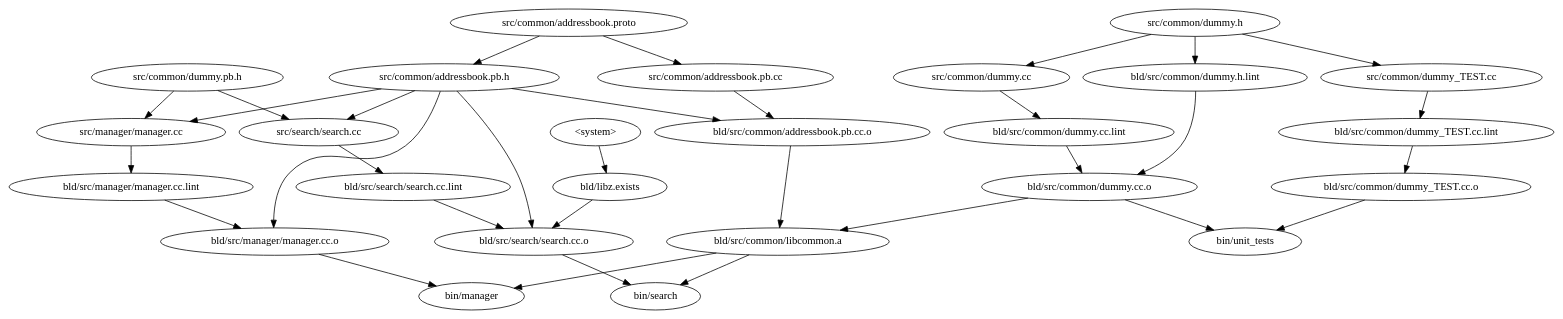
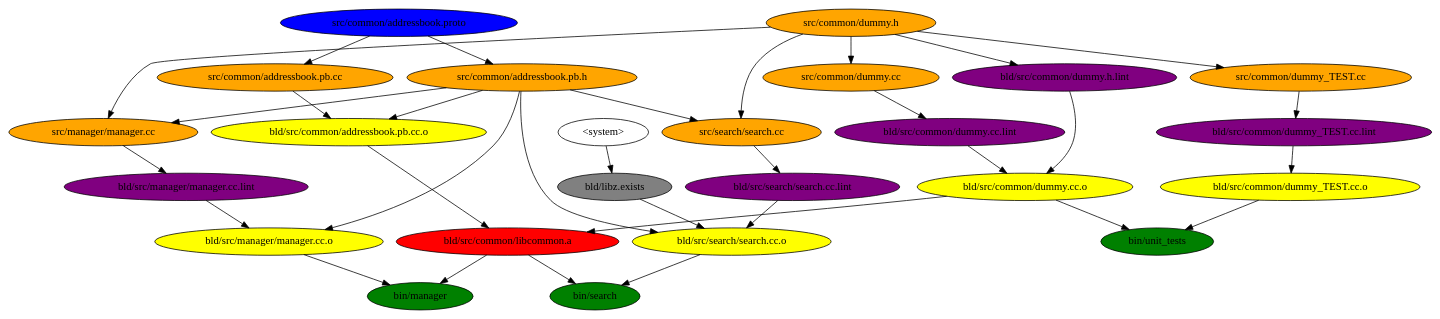
One commit to nicmcd/addressbook changed the diagram in graph.gv. Above: the diagram before and after it, drawn with Graphviz.

Commit message:
colored nodes in graph.gv

```diff
--- a/graph.gv
+++ b/graph.gv
@@ -1,55 +1,57 @@
 digraph Build {
-  // bin/manager
+  "bin/manager" [style=filled, fillcolor=green];
   "bld/src/manager/manager.cc.o" -> "bin/manager";
   "bld/src/common/libcommon.a" -> "bin/manager";
-  // bin/search
+  "bin/search" [style=filled, fillcolor=green];
   "bld/src/search/search.cc.o" -> "bin/search";
   "bld/src/common/libcommon.a" -> "bin/search";
-  // bin/unit_tests
+  "bin/unit_tests" [style=filled, fillcolor=green];
+  "bld/src/common/libcommon.a" [style=filled, fillcolor=red];
+  "bld/src/common/addressbook.pb.cc.o" -> "bld/src/common/libcommon.a";
+  "bld/src/common/dummy.cc.o" -> "bld/src/common/libcommon.a";
   "bld/src/common/dummy_TEST.cc.o" -> "bin/unit_tests";
   "bld/src/common/dummy.cc.o" -> "bin/unit_tests";
-  // bld/src/manager/manager.cc.o
+  "bld/src/manager/manager.cc.o" [style=filled, fillcolor=yellow];
   "src/common/addressbook.pb.h" -> "bld/src/manager/manager.cc.o";
   "bld/src/manager/manager.cc.lint" -> "bld/src/manager/manager.cc.o";
-  // bld/src/search/search.cc.o
+  "bld/src/search/search.cc.o" [style=filled, fillcolor=yellow];
   "src/common/addressbook.pb.h" -> "bld/src/search/search.cc.o";
   "bld/src/search/search.cc.lint" -> "bld/src/search/search.cc.o";
   "bld/libz.exists" -> "bld/src/search/search.cc.o";
-  // bld/src/common/libcommon.a
-  "bld/src/common/addressbook.pb.cc.o" -> "bld/src/common/libcommon.a";
-  "bld/src/common/dummy.cc.o" -> "bld/src/common/libcommon.a";
-  // bld/src/common/addressbook.pb.cc.o
+  "bld/src/common/addressbook.pb.cc.o" [style=filled, fillcolor=yellow];
   "src/common/addressbook.pb.cc" -> "bld/src/common/addressbook.pb.cc.o";
   "src/common/addressbook.pb.h" -> "bld/src/common/addressbook.pb.cc.o";
-  // bld/src/common/dummy.cc.o
+  "bld/src/common/dummy.cc.o" [style=filled, fillcolor=yellow];
   "bld/src/common/dummy.cc.lint" -> "bld/src/common/dummy.cc.o";
   "bld/src/common/dummy.h.lint" -> "bld/src/common/dummy.cc.o";
-  // bld/src/common/dummy_TEST.cc.o
+  "bld/src/common/dummy_TEST.cc.o" [style=filled, fillcolor=yellow];
   "bld/src/common/dummy_TEST.cc.lint" -> "bld/src/common/dummy_TEST.cc.o";
-  // bld/src/manager/manager.cc.lint
+  "bld/src/manager/manager.cc.lint" [style=filled, fillcolor=purple];
   "src/manager/manager.cc" -> "bld/src/manager/manager.cc.lint";
-  // bld/src/search/search.cc.lint
+  "bld/src/search/search.cc.lint" [style=filled, fillcolor=purple];
   "src/search/search.cc" -> "bld/src/search/search.cc.lint";
-  // bld/src/common/dummy.cc.lint
+  "bld/src/common/dummy.cc.lint" [style=filled, fillcolor=purple];
   "src/common/dummy.cc" -> "bld/src/common/dummy.cc.lint";
-  // bld/src/common/dummy.h.lint
+  "bld/src/common/dummy.h.lint" [style=filled, fillcolor=purple];
   "src/common/dummy.h" -> "bld/src/common/dummy.h.lint";
-  // bld/src/common/dummy_TEST.cc.lint
+  "bld/src/common/dummy_TEST.cc.lint" [style=filled, fillcolor=purple];
   "src/common/dummy_TEST.cc" -> "bld/src/common/dummy_TEST.cc.lint";
-  // src/common/addressbook.pb.cc
+  "src/common/addressbook.pb.cc" [style=filled, fillcolor=orange];
   "src/common/addressbook.proto" -> "src/common/addressbook.pb.cc";
-  // src/common/addressbook.pb.h
+  "src/common/addressbook.pb.h" [style=filled, fillcolor=orange];
   "src/common/addressbook.proto" -> "src/common/addressbook.pb.h";
-  // bld/libz.exists
+  "bld/libz.exists" [style=filled, fillcolor=gray];
   "<system>" -> "bld/libz.exists";
-  // src/manager/manager.cc
+  "src/manager/manager.cc" [style=filled, fillcolor=orange];
   "src/common/addressbook.pb.h" -> "src/manager/manager.cc";
-  "src/common/dummy.pb.h" -> "src/manager/manager.cc";
-  // src/search/search.cc
+  "src/common/dummy.h" -> "src/manager/manager.cc";
+  "src/search/search.cc" [style=filled, fillcolor=orange];
   "src/common/addressbook.pb.h" -> "src/search/search.cc";
-  "src/common/dummy.pb.h" -> "src/search/search.cc";
-  // src/common/dummy.cc
+  "src/common/dummy.h" -> "src/search/search.cc";
+  "src/common/dummy.cc" [style=filled, fillcolor=orange];
   "src/common/dummy.h" -> "src/common/dummy.cc";
-  // src/common/dummy_TEST.cc
+  "src/common/dummy_TEST.cc" [style=filled, fillcolor=orange];
   "src/common/dummy.h" -> "src/common/dummy_TEST.cc";
+  "src/common/addressbook.proto" [style=filled, fillcolor=blue];
+  "src/common/dummy.h" [style=filled, fillcolor=orange];
 }
```
